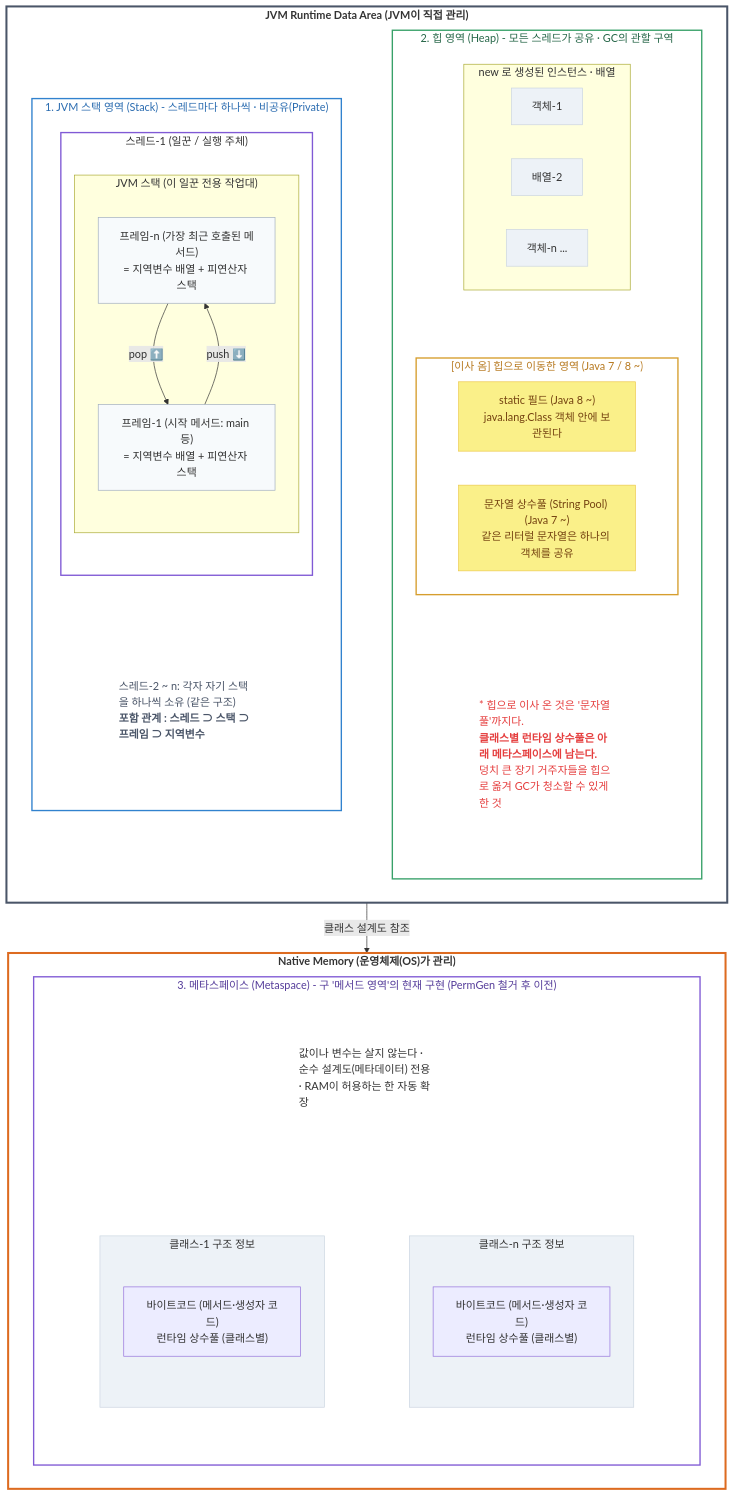
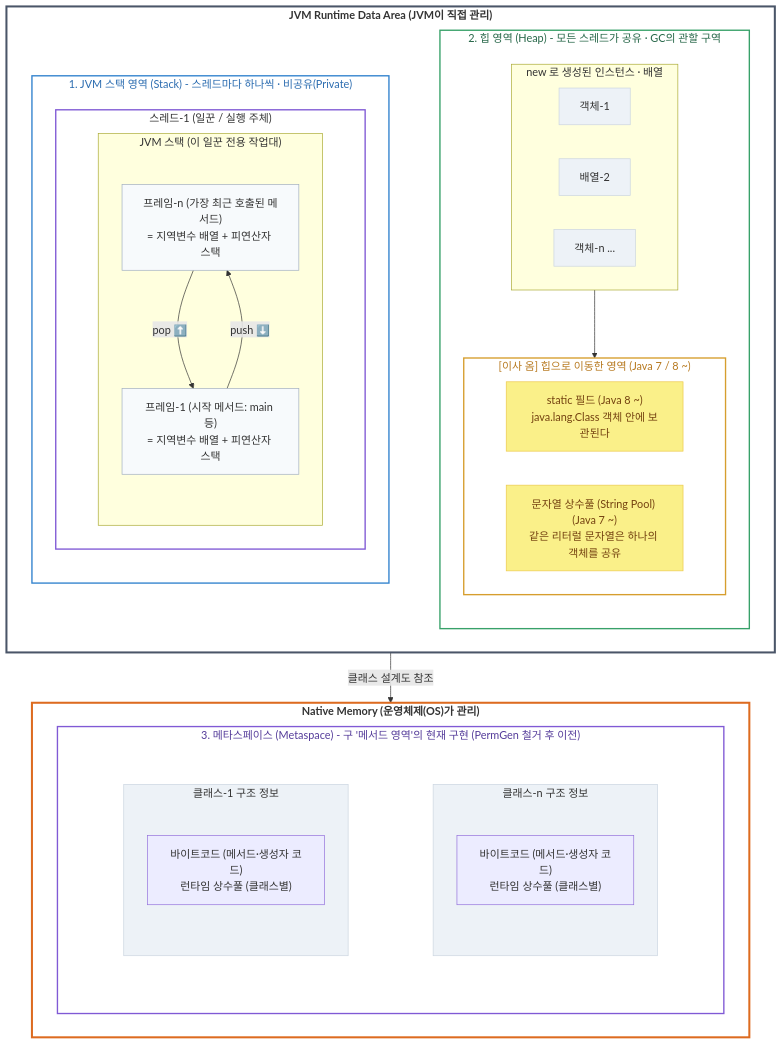
Before and after one commit to sungjin-dev/sungjin-dev.github.io: the second of 8 diagrams in _posts/2026-07-11-java-reference-type-study-1.md, drawn with Mermaid.

````diff
--- a/_posts/2026-07-11-java-reference-type-study-1.md
+++ b/_posts/2026-07-11-java-reference-type-study-1.md
@@ -71,13 +71,6 @@
                     F_N -->|pop ⬆️| F_1
                 end
             end
-            
-            %% 스택 설명 독립 상자
-            subgraph STACK_TEXT_BOX [" "]
-                direction LR
-                STACK_TEXT["스레드-2 ~ n: 각자 자기 스택을 하나씩 소유 (같은 구조)<br><b>포함 관계 : 스레드 ⊃ 스택 ⊃ 프레임 ⊃ 지역변수</b>"]
-            end
-            THREAD1 -->| | STACK_TEXT_BOX
         end
 
         %% 좌우 영역 밸런스용 투명 링크
@@ -104,13 +97,6 @@
                 SF["static 필드 (Java 8 ~)<br>java.lang.Class 객체 안에 보관된다"]
                 SP["문자열 상수풀 (String Pool) (Java 7 ~)<br>같은 리터럴 문자열은 하나의 객체를 공유"]
             end
-            
-            %% 힙 설명 독립 상자
-            subgraph HEAP_TEXT_BOX [" "]
-                direction LR
-                HEAP_TEXT["* 힙으로 이사 온 것은 '문자열 풀'까지다.<br><b>클래스별 런타임 상수풀은 아래 메타스페이스에 남는다.</b><br>덩치 큰 장기 거주자들을 힙으로 옮겨 GC가 청소할 수 있게 한 것"]
-            end
-            MOVED_ITEMS -->| | HEAP_TEXT_BOX
         end
 
     end
@@ -121,12 +107,6 @@
     subgraph NATIVE_MEM ["Native Memory (운영체제(OS)가 관리)"]
         subgraph METASPACE ["3. 메타스페이스 (Metaspace) - 구 '메서드 영역'의 현재 구현 (PermGen 철거 후 이전)"]
             direction TD
-            
-            %% 메타스페이스 상단 텍스트 독립 상자
-            subgraph MS_TEXT_BOX [" "]
-                direction LR
-                MS_TEXT["값이나 변수는 살지 않는다 · 순수 설계도(메타데이터) 전용 · RAM이 허용하는 한 자동 확장"]
-            end
             
             subgraph CLASS_INFOS [" "]
                 direction LR
@@ -140,8 +120,6 @@
                 
                 CL1 ~~~ CLN
             end
-            
-            MS_TEXT_BOX -->| | CLASS_INFOS
         end
     end
 
@@ -169,7 +147,6 @@
     class NATIVE_MEM native_style;
     
     class STACK_AREA stack_box;
-    class STACK_TEXT_BOX,HEAP_TEXT_BOX transparent_group;
     class THREAD1 thread_box;
     class F_N,F_1 frame_box;
     
@@ -179,13 +156,8 @@
     class OBJ1,ARR2,OBJN obj_box;
     
     class METASPACE meta_box;
-    class CLASS_INFOS,MS_TEXT_BOX transparent_group;
+    class CLASS_INFOS transparent_group;
     class CL1,CLN obj_box;
-
-    style STACK_TEXT fill:none,stroke:none,text-align:left,color:#4a5568;
-    style HEAP_TEXT fill:none,stroke:none,text-align:left,color:#e53e3e;
-    style MS_TEXT fill:none,stroke:none,text-align:left;
     
-    %% 💡 버그 수정 완료: 정확히 공간 압축용 화살표(2,4,5,7번)만 투명 처리
-    linkStyle 2,4,5,7 stroke:none,stroke-width:0px;
+    linkStyle 2 stroke:none,stroke-width:0px;
 ```
````
